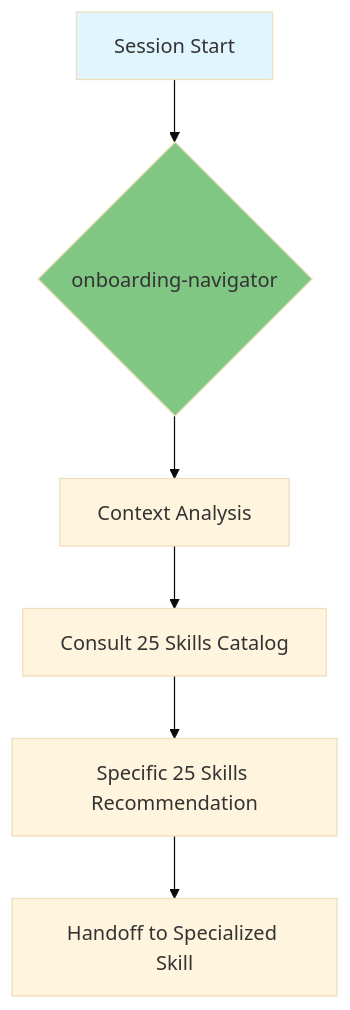
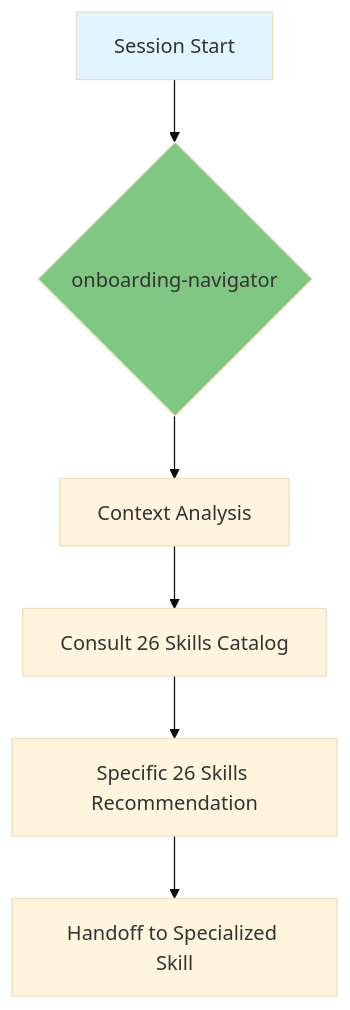
The diagram in onboarding-navigator/SKILL.md (KlebersonCollab/skills), drawn with Mermaid (base theme) before and after one commit. The commit also changed other lines of this file and 23 other files, not shown here.

Commit message:
feat: implement context-graph skill and reinforce SDD global mandates

````diff
--- a/onboarding-navigator/SKILL.md
+++ b/onboarding-navigator/SKILL.md
@@ -67,12 +67,12 @@
 ```mermaid
 flowchart TD
     Start[Session Start] --> Onboarding{onboarding-navigator}
     
     Onboarding --> Analysis[Context Analysis]
-    Analysis --> Catalog[Consult 25 Skills Catalog]
-    Catalog --> Recommendation[Specific 25 Skills Recommendation]
+    Analysis --> Catalog[Consult 26 Skills Catalog]
+    Catalog --> Recommendation[Specific 26 Skills Recommendation]
     Recommendation --> Handoff[Handoff to Specialized Skill]
     
     style Start fill:#e1f5fe
     style Onboarding fill:#81c784
 ```
````
